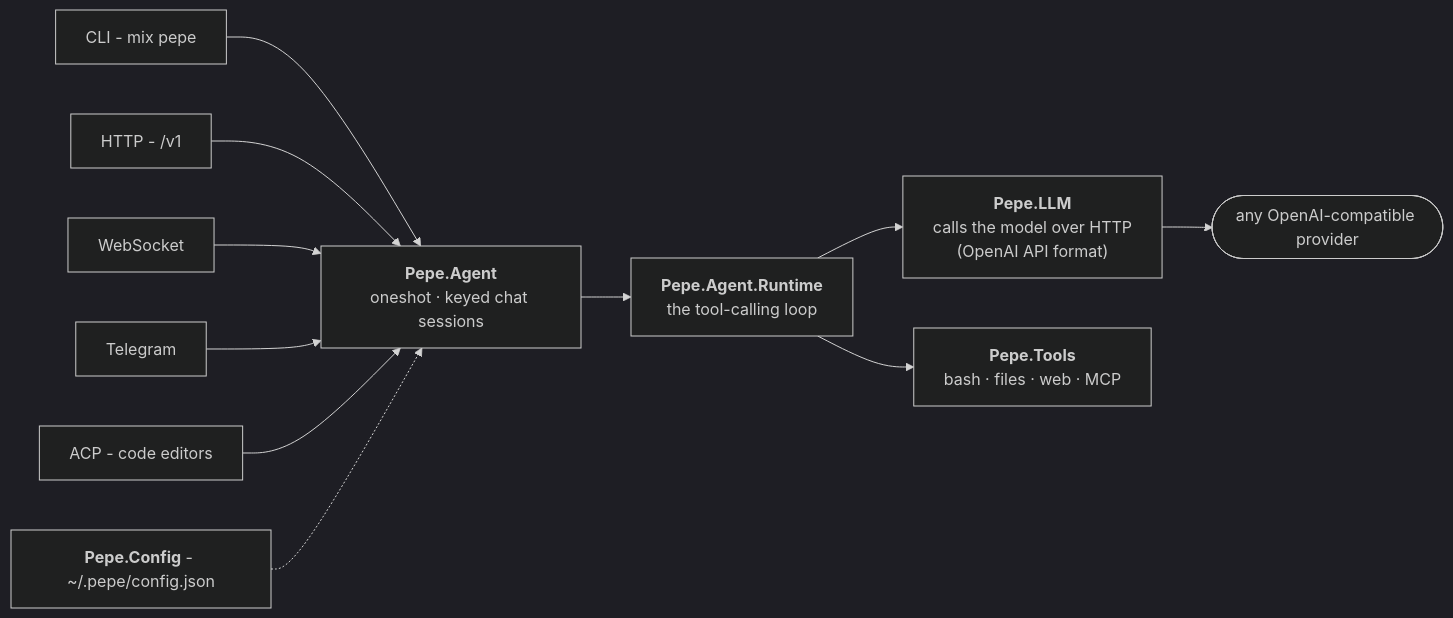
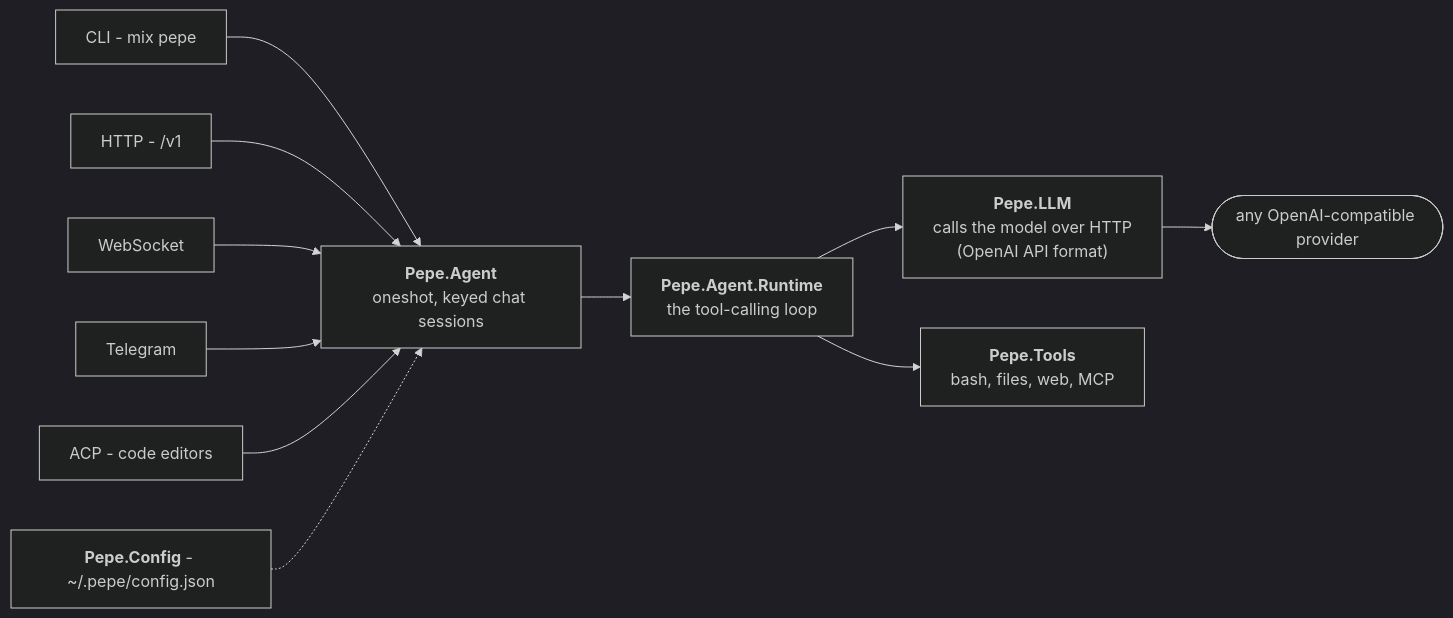
The diagram in docs/architecture.md (pepe-agent/pepe), drawn with Mermaid (dark theme) before and after one commit. The commit also changed 101 other files, not shown here.

First line of the commit message:
Redesign the dashboard: new look on every page, tabbed agent editor with drafts, charts

````diff
--- a/docs/architecture.md
+++ b/docs/architecture.md
@@ -7,14 +7,14 @@
 ```mermaid
 flowchart LR
     CLI["CLI - mix pepe"] --> AG
     API["HTTP - /v1"] --> AG
     WS["WebSocket"] --> AG
     TG["Telegram"] --> AG
     ACP["ACP - code editors"] --> AG
 
-    AG["<b>Pepe.Agent</b><br/>oneshot · keyed chat sessions"] --> RT
+    AG["<b>Pepe.Agent</b><br/>oneshot, keyed chat sessions"] --> RT
     RT["<b>Pepe.Agent.Runtime</b><br/>the tool-calling loop"] --> LLM
-    RT --> TL["<b>Pepe.Tools</b><br/>bash · files · web · MCP"]
+    RT --> TL["<b>Pepe.Tools</b><br/>bash, files, web, MCP"]
     LLM["<b>Pepe.LLM</b><br/>calls the model over HTTP<br/>(OpenAI API format)"] --> PROV(["any OpenAI-compatible provider"])
     CFG["<b>Pepe.Config</b> - ~/.pepe/config.json"] -.-> AG
 ```
````
